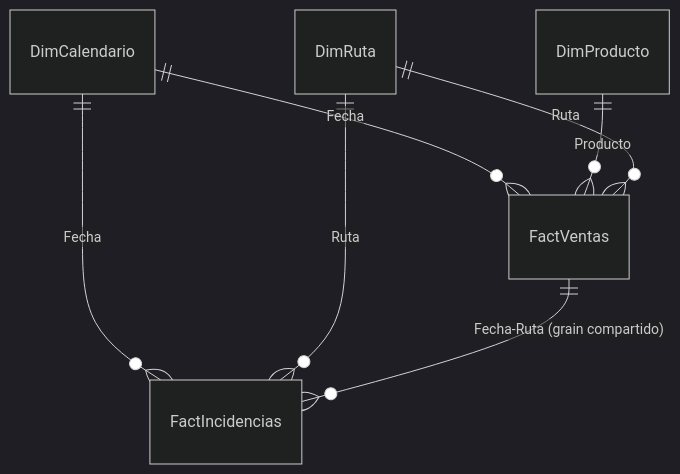
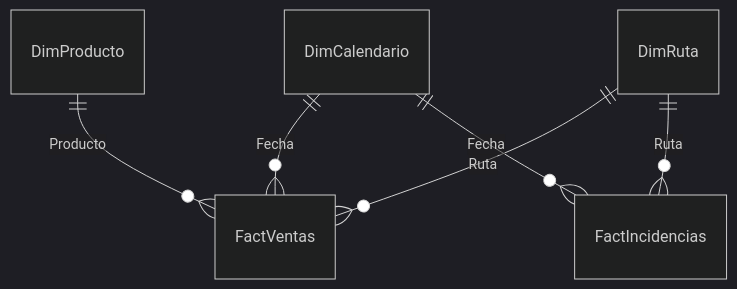
The diagram in documentation/data_model.md (estevo97/Proyecto-Ventas-Incidencias), drawn with Mermaid (dark theme) before and after one commit.

Commit message:
cambios nas relacions

````diff
--- a/documentation/data_model.md
+++ b/documentation/data_model.md
@@ -3,9 +3,8 @@
 ```mermaid
 erDiagram
     DimCalendario ||--o{ FactVentas : "Fecha"
     DimProducto ||--o{ FactVentas : "Producto"
     DimRuta ||--o{ FactVentas : "Ruta"
     DimCalendario ||--o{ FactIncidencias : "Fecha"
     DimRuta ||--o{ FactIncidencias : "Ruta"
-    FactVentas ||--o{ FactIncidencias : "Fecha-Ruta (grain compartido)"
 ```
````
